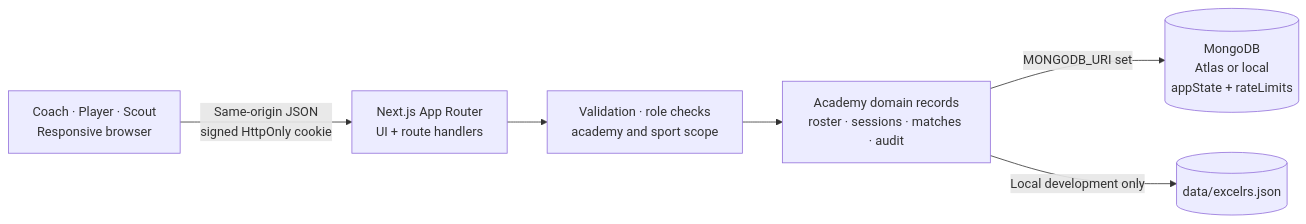
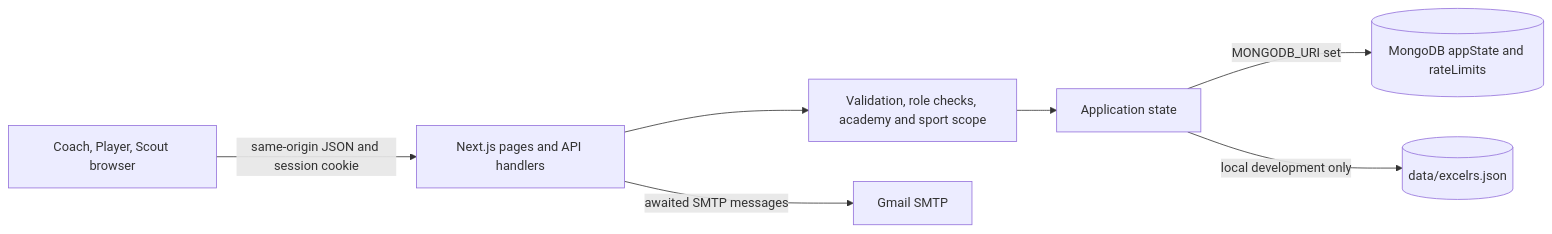
Before and after one commit to Sanket17052006/vibe-coding-challenge-2-0-TEAMZERO: the diagram in README.md, drawn with Mermaid. The commit also changed other lines of this file and 28 other files, not shown here.

````diff
--- a/README.md
+++ b/README.md
@@ -65,8 +52,9 @@
-```mermaid
+~~~mermaid
 flowchart LR
-  C[Coach · Player · Scout<br/>Responsive browser] -->|Same-origin JSON<br/>signed HttpOnly cookie| N[Next.js App Router<br/>UI + route handlers]
-  N --> V[Validation · role checks<br/>academy and sport scope]
-  V --> D[Academy domain records<br/>roster · sessions · matches · audit]
-  D -->|MONGODB_URI set| M[(MongoDB<br/>Atlas or local<br/>appState + rateLimits)]
-  D -->|Local development only| F[(data/excelrs.json)]
-```
+  B[Coach, Player, Scout browser] -->|same-origin JSON and session cookie| N[Next.js pages and API handlers]
+  N --> A[Validation, role checks, academy and sport scope]
+  A --> S[Application state]
+  S -->|MONGODB_URI set| M[(MongoDB appState and rateLimits)]
+  S -->|local development only| F[(data/excelrs.json)]
+  N -->|awaited SMTP messages| E[Gmail SMTP]
+~~~
````
